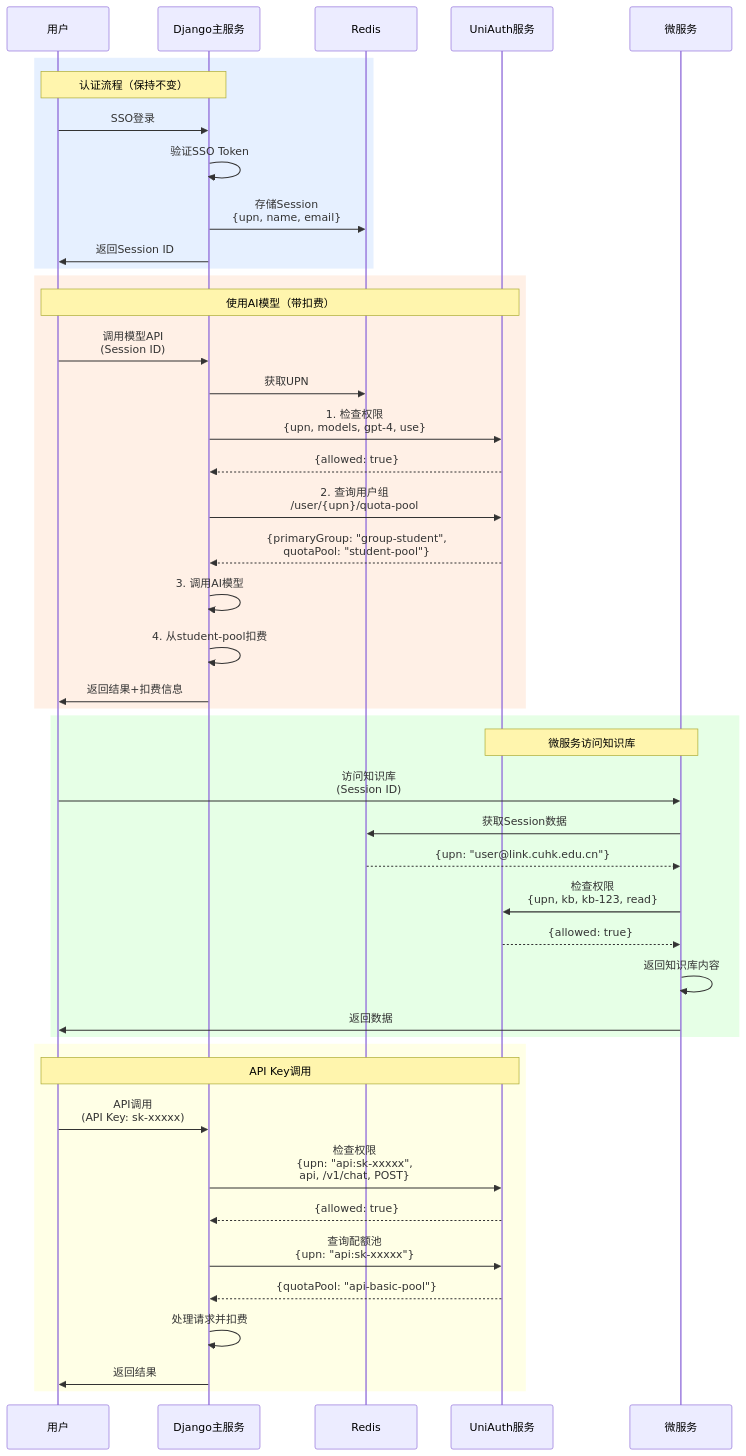
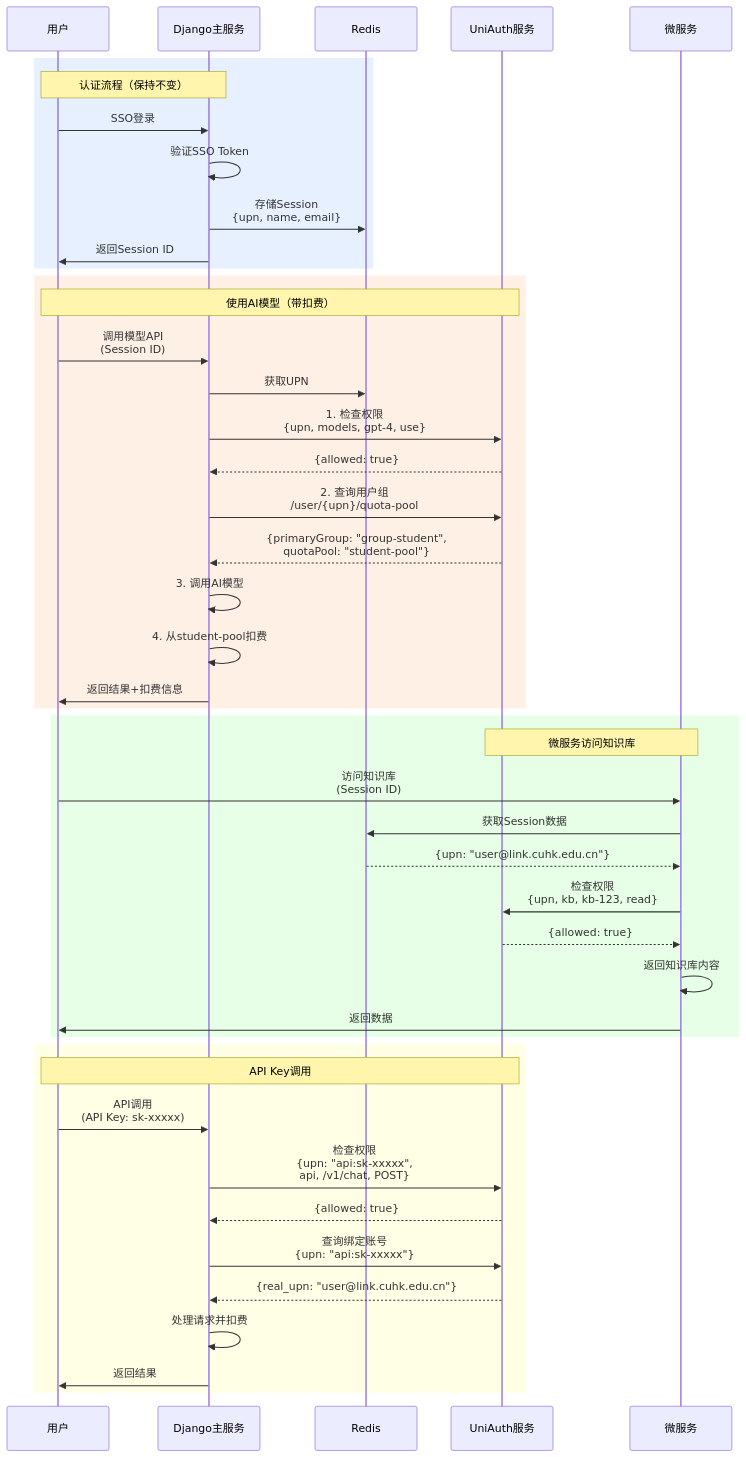
The second of 4 diagrams in README.md (NickWilde18/UniAuth), drawn with Mermaid before and after one commit.

````diff
--- a/README.md
+++ b/README.md
@@ -80,51 +80,51 @@
 ```mermaid
 sequenceDiagram
     participant User as 用户
     participant Django as Django主服务
     participant Redis as Redis
     participant UniAuth as UniAuth服务
     participant MS as 微服务
     
     rect rgb(230, 240, 255)
         Note over User,Django: 认证流程（保持不变）
         User->>Django: SSO登录
         Django->>Django: 验证SSO Token
         Django->>Redis: 存储Session<br/>{upn, name, email}
         Django->>User: 返回Session ID
     end
     
     rect rgb(255, 240, 230)
         Note over User,UniAuth: 使用AI模型（带扣费）
         User->>Django: 调用模型API<br/>(Session ID)
         Django->>Redis: 获取UPN
         Django->>UniAuth: 1. 检查权限<br/>{upn, models, gpt-4, use}
         UniAuth-->>Django: {allowed: true}
         Django->>UniAuth: 2. 查询用户组<br/>/user/{upn}/quota-pool
         UniAuth-->>Django: {primaryGroup: "group-student",<br/>quotaPool: "student-pool"}
         Django->>Django: 3. 调用AI模型
         Django->>Django: 4. 从student-pool扣费
         Django->>User: 返回结果+扣费信息
     end
     
     rect rgb(230, 255, 230)
         Note over MS,UniAuth: 微服务访问知识库
         User->>MS: 访问知识库<br/>(Session ID)
         MS->>Redis: 获取Session数据
         Redis-->>MS: {upn: "user@link.cuhk.edu.cn"}
         MS->>UniAuth: 检查权限<br/>{upn, kb, kb-123, read}
         UniAuth-->>MS: {allowed: true}
         MS->>MS: 返回知识库内容
         MS->>User: 返回数据
     end
     
     rect rgb(255, 255, 230)
         Note over User,UniAuth: API Key调用
         User->>Django: API调用<br/>(API Key: sk-xxxxx)
         Django->>UniAuth: 检查权限<br/>{upn: "api:sk-xxxxx",<br/>api, /v1/chat, POST}
         UniAuth-->>Django: {allowed: true}
-        Django->>UniAuth: 查询配额池<br/>{upn: "api:sk-xxxxx"}
-        UniAuth-->>Django: {quotaPool: "api-basic-pool"}
+        Django->>UniAuth: 查询绑定账号<br/>{upn: "api:sk-xxxxx"}
+        UniAuth-->>Django: {real_upn: "user@link.cuhk.edu.cn"}
         Django->>Django: 处理请求并扣费
         Django->>User: 返回结果
     end
 ```
````
